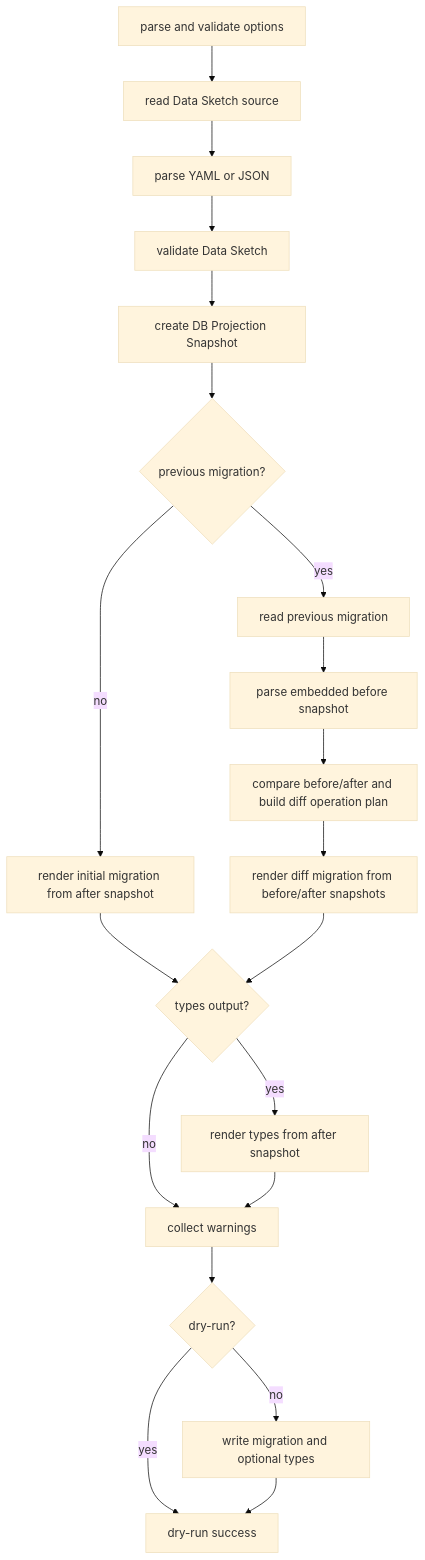
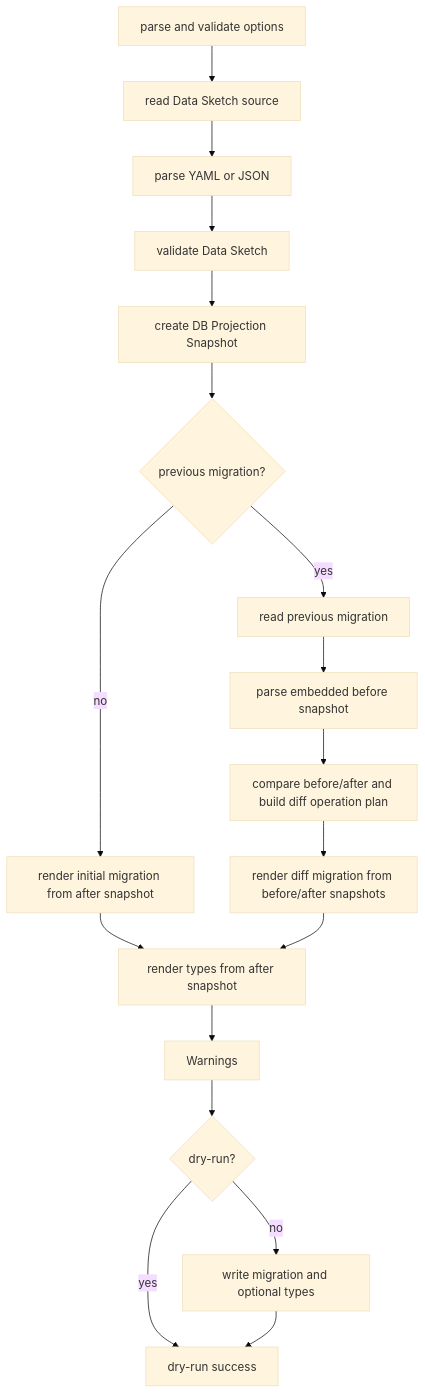
The first of 3 diagrams in docs/shot-kysely-migration-command-impl.md (techspikes/spike-kit), drawn with Mermaid (base theme) before and after one commit. The commit also changed other lines of this file and 4 other files, not shown here.

````diff
--- a/docs/shot-kysely-migration-command-impl.md
+++ b/docs/shot-kysely-migration-command-impl.md
@@ -54,22 +52,20 @@
 ```mermaid
 flowchart TD
   Args[parse and validate options] --> Read[read Data Sketch source]
   Read --> Parse[parse YAML or JSON]
   Parse --> Validate[validate Data Sketch]
   Validate --> Snapshot[create DB Projection Snapshot]
   Snapshot --> Previous{previous migration?}
   Previous -- yes --> ReadPrevious[read previous migration]
   ReadPrevious --> ParsePrevious[parse embedded before snapshot]
   ParsePrevious --> DiffPlan[compare before/after and build diff operation plan]
   Previous -- no --> InitialRender[render initial migration from after snapshot]
   DiffPlan --> DiffRender[render diff migration from before/after snapshots]
-  InitialRender --> Types{types output?}
-  DiffRender --> Types
-  Types -- yes --> RenderTypes[render types from after snapshot]
-  Types -- no --> Warnings[collect warnings]
+  InitialRender --> RenderTypes[render types from after snapshot]
+  DiffRender --> RenderTypes
   RenderTypes --> Warnings
   Warnings --> DryRun{dry-run?}
   DryRun -- yes --> Done[dry-run success]
   DryRun -- no --> Write[write migration and optional types]
   Write --> Done
 ```
````
